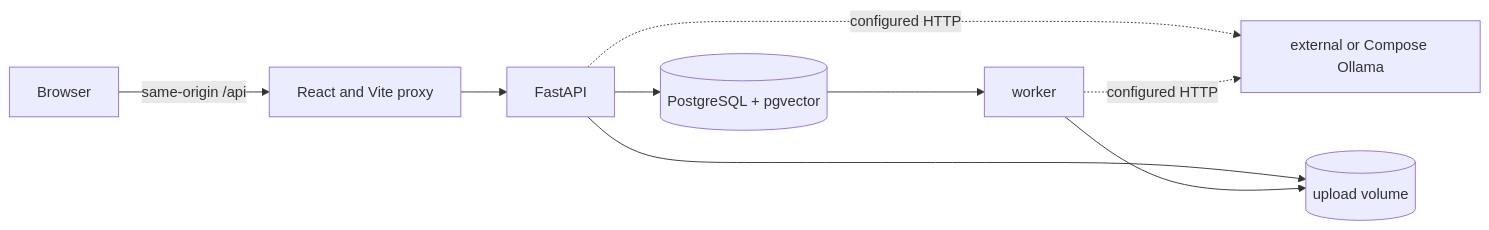
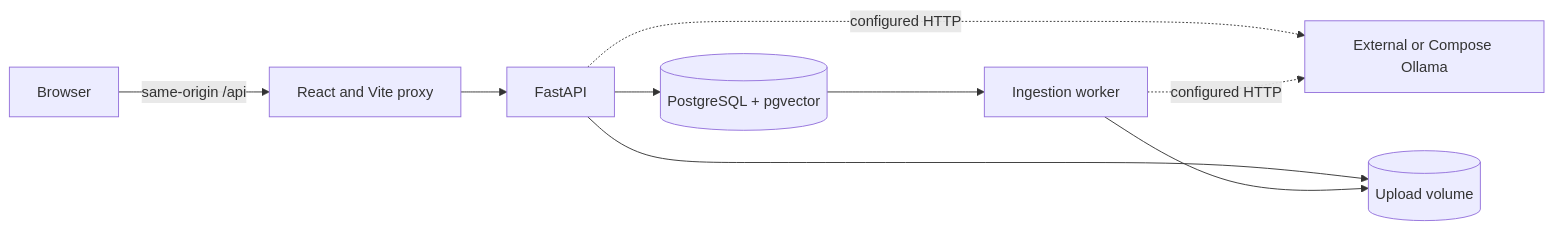
The first of 6 diagrams in docs/architecture.md (kereszteszsolt/cite-nook-ai), drawn with Mermaid before and after one commit. The commit also changed other lines of this file and 32 other files, not shown here.

````diff
--- a/docs/architecture.md
+++ b/docs/architecture.md
@@ -5,11 +7,11 @@
 ```mermaid
 flowchart LR
     BROWSER[Browser] -->|same-origin /api| WEB[React and Vite proxy]
     WEB --> API[FastAPI]
     API --> DB[(PostgreSQL + pgvector)]
-    DB --> WORKER[worker]
-    API -. configured HTTP .-> OLLAMA[external or Compose Ollama]
+    DB --> WORKER[Ingestion worker]
+    API -. configured HTTP .-> OLLAMA[External or Compose Ollama]
     WORKER -. configured HTTP .-> OLLAMA
-    API --> FILES[(upload volume)]
+    API --> FILES[(Upload volume)]
     WORKER --> FILES
 ```
````
